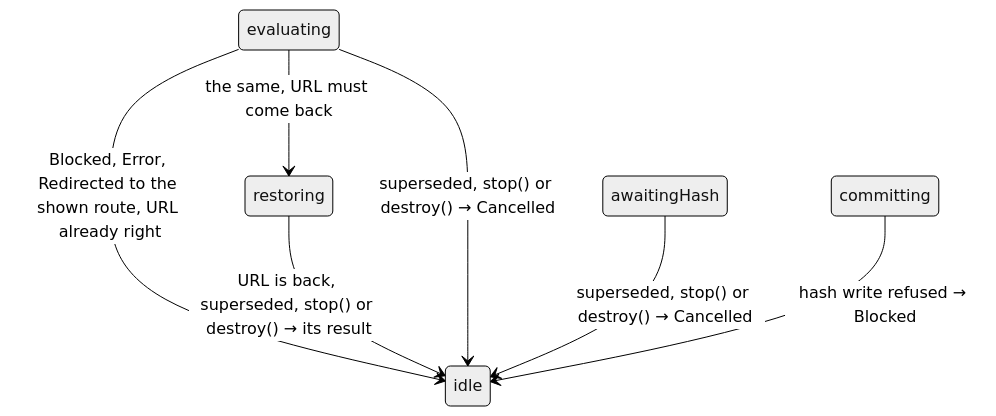
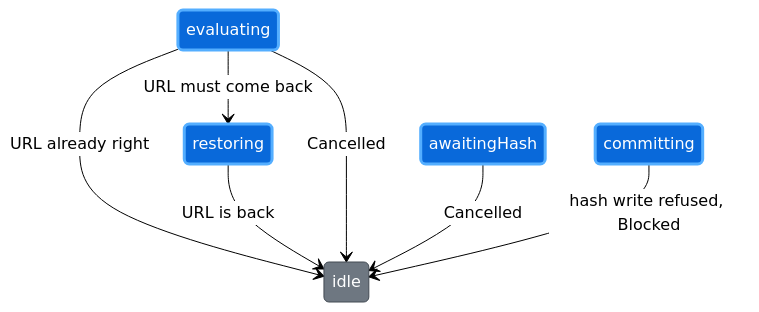
Before and after one commit to wridgeu/ui5-lib-guard-router: diagram 12 of 12 in docs/reference/architecture.md, drawn with Mermaid (neutral theme). The commit also changed other lines of this file and 4 other files, not shown here.

First line of the commit message:
docs: give every diagram the one palette and a legend

````diff
--- a/docs/reference/architecture.md
+++ b/docs/reference/architecture.md
@@ -1273,9 +1339,14 @@
 ```mermaid
 stateDiagram-v2
-    evaluating --> idle: Blocked, Error, Redirected to the shown route, URL already right
-    evaluating --> restoring: the same, URL must come back
-    restoring --> idle: URL is back, superseded, stop() or destroy() → its result
-    evaluating --> idle: superseded, stop() or destroy() → Cancelled
-    awaitingHash --> idle: superseded, stop() or destroy() → Cancelled
-    committing --> idle: hash write refused → Blocked
+    evaluating --> idle: URL already right
+    evaluating --> restoring: URL must come back
+    restoring --> idle: URL is back
+    evaluating --> idle: Cancelled
+    awaitingHash --> idle: Cancelled
+    committing --> idle: hash write refused, Blocked
+
+    classDef native fill:#6e7781,stroke:#424a53,color:#ffffff
+    classDef added fill:#0969da,stroke:#54aeff,stroke-width:3px,color:#ffffff
+    class idle native
+    class evaluating,committing,awaitingHash,restoring added
 ```
````
